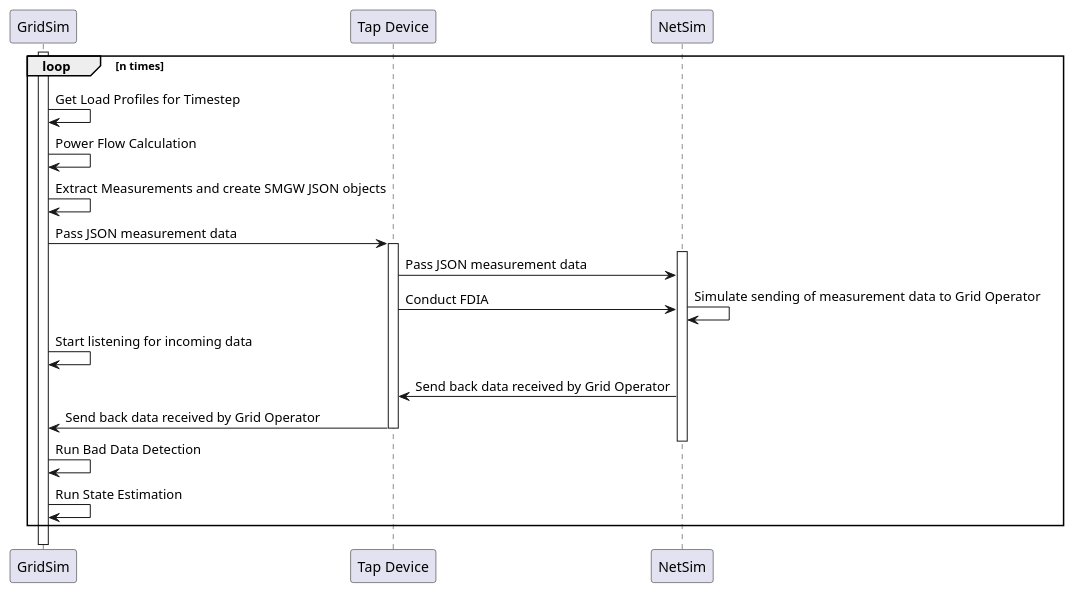
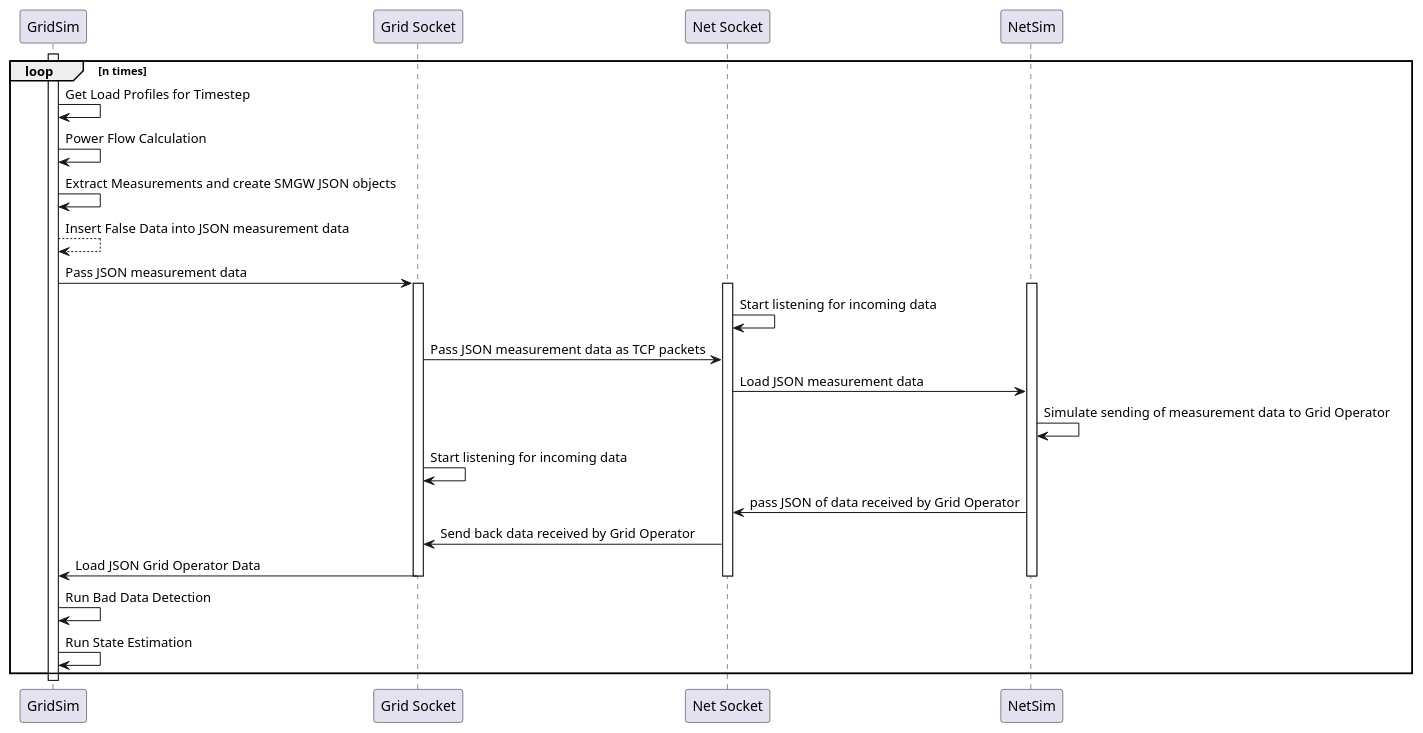
Before and after one commit to MoritzVolkman/GridComm-Cosimulation: the diagram in figures/CoSimv2.puml, drawn with PlantUML. The commit also changed 3 other files, not shown here.

Commit message:
Updated Sequence Diagrams

```diff
--- a/figures/CoSimv2.puml
+++ b/figures/CoSimv2.puml
@@ -1,25 +1,29 @@
 @startuml
 'https://plantuml.com/sequence-diagram
 
 activate GridSim
 loop n times
     GridSim -> GridSim: Get Load Profiles for Timestep
     GridSim -> GridSim: Power Flow Calculation
     GridSim -> GridSim: Extract Measurements and create SMGW JSON objects
-    GridSim -> "Tap Device": Pass JSON measurement data
-    activate "Tap Device"
+    GridSim --> GridSim: Insert False Data into JSON measurement data
+    GridSim -> "Grid Socket": Pass JSON measurement data
+    activate "Grid Socket"
+    activate "Net Socket"
     activate NetSim
-    "Tap Device" -> NetSim: Pass JSON measurement data
-    !pragma teoz true
+    "Net Socket" -> "Net Socket": Start listening for incoming data
+    "Grid Socket" -> "Net Socket": Pass JSON measurement data as TCP packets
+    "Net Socket" -> NetSim: Load JSON measurement data
     NetSim -> NetSim: Simulate sending of measurement data to Grid Operator
-    & "Tap Device" -> NetSim: Conduct FDIA
-    GridSim -> GridSim: Start listening for incoming data
-    NetSim -> "Tap Device": Send back data received by Grid Operator
-    "Tap Device" -> GridSim: Send back data received by Grid Operator
+    "Grid Socket" -> "Grid Socket": Start listening for incoming data
+    NetSim -> "Net Socket": pass JSON of data received by Grid Operator
+    "Net Socket" -> "Grid Socket": Send back data received by Grid Operator
+    "Grid Socket" -> GridSim: Load JSON Grid Operator Data
     deactivate NetSim
-    deactivate "Tap Device"
+    deactivate "Grid Socket"
+    deactivate "Net Socket"
     GridSim -> GridSim: Run Bad Data Detection
     GridSim -> GridSim: Run State Estimation
 end
 deactivate GridSim
 @enduml
```
